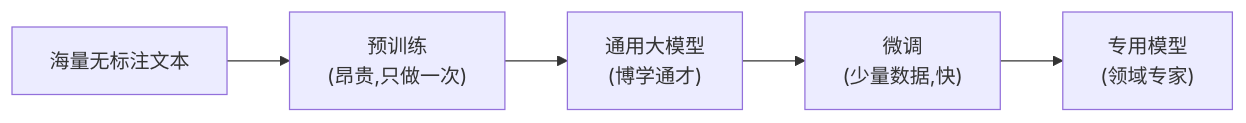
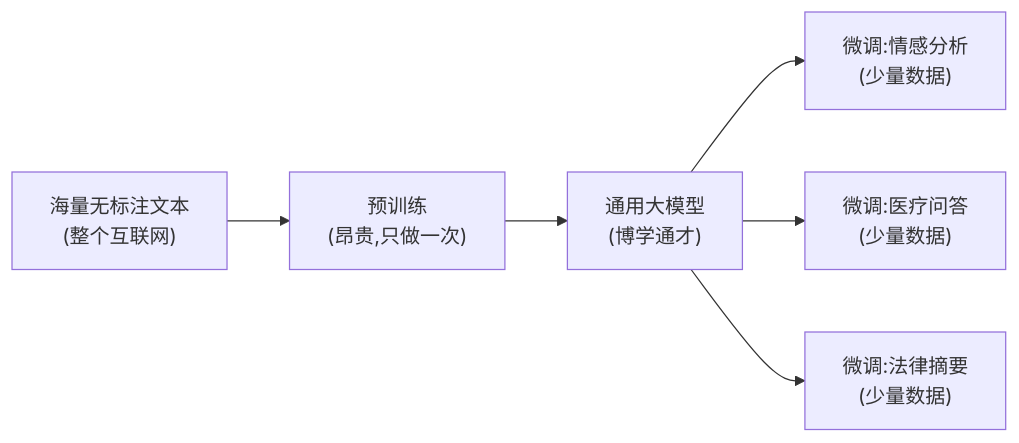
Before and after one commit to zerioo1970/summary: the third of 11 diagrams in transformer-学习资料/第10章-预训练模型家族.md, drawn with Mermaid. The commit also changed other lines of this file and 6 other files, not shown here.

Commit message:
大幅扩写第1、2、8-12章:新增导览/数值示例/深入原理/FAQ/更多图解

````diff
--- a/transformer-学习资料/第10章-预训练模型家族.md
+++ b/transformer-学习资料/第10章-预训练模型家族.md
@@ -18,7 +54,8 @@
 ```mermaid
 flowchart LR
-    A["海量无标注文本"] --> B["预训练<br/>(昂贵,只做一次)"]
+    A["海量无标注文本<br/>(整个互联网)"] --> B["预训练<br/>(昂贵,只做一次)"]
     B --> C["通用大模型<br/>(博学通才)"]
-    C --> D["微调<br/>(少量数据,快)"]
-    D --> E["专用模型<br/>(领域专家)"]
+    C --> D1["微调:情感分析<br/>(少量数据)"]
+    C --> D2["微调:医疗问答<br/>(少量数据)"]
+    C --> D3["微调:法律摘要<br/>(少量数据)"]
 ```
````
